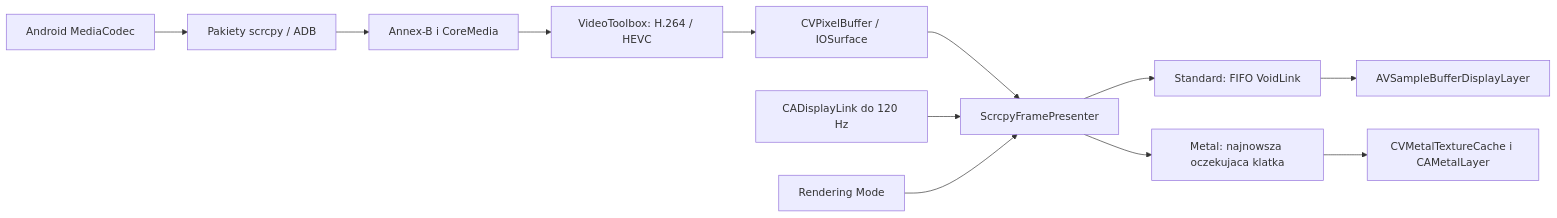
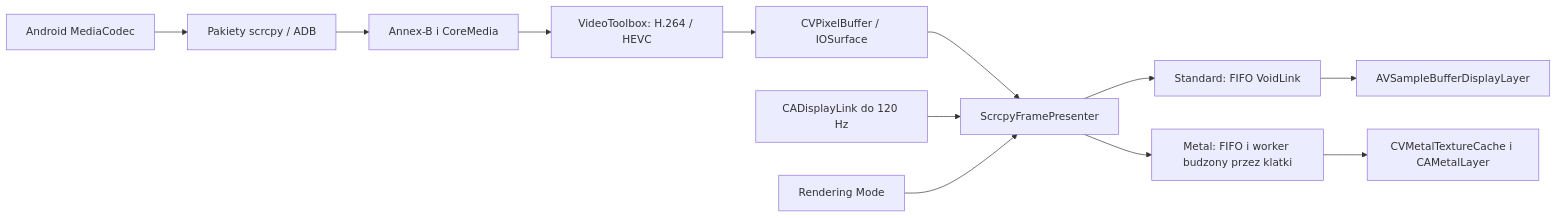
One commit to WillSmith4/screen changed the diagram in docs/native-video-rendering.md. Above: the diagram before and after it, drawn with Mermaid. The commit also changed other lines of this file and 13 other files, not shown here.

Commit message:
Remove duplicate SDL rendering and drive Metal from the frame queue

````diff
--- a/docs/native-video-rendering.md
+++ b/docs/native-video-rendering.md
@@ -9,14 +9,14 @@
 ```mermaid
 flowchart LR
   Android[Android MediaCodec] --> ADB[Pakiety scrcpy / ADB]
   ADB --> Native[Annex-B i CoreMedia]
   Native --> VT[VideoToolbox: H.264 / HEVC]
   VT --> Surface[CVPixelBuffer / IOSurface]
   Surface --> Presenter[ScrcpyFramePresenter]
   Clock[CADisplayLink do 120 Hz] --> Presenter
   Setting[Rendering Mode] --> Presenter
   Presenter --> Queue[Standard: FIFO VoidLink]
   Queue --> Standard[AVSampleBufferDisplayLayer]
-  Presenter --> Latest[Metal: najnowsza oczekujaca klatka]
-  Latest --> Metal[CVMetalTextureCache i CAMetalLayer]
+  Presenter --> MetalQueue[Metal: FIFO i worker budzony przez klatki]
+  MetalQueue --> Metal[CVMetalTextureCache i CAMetalLayer]
 ```
````
